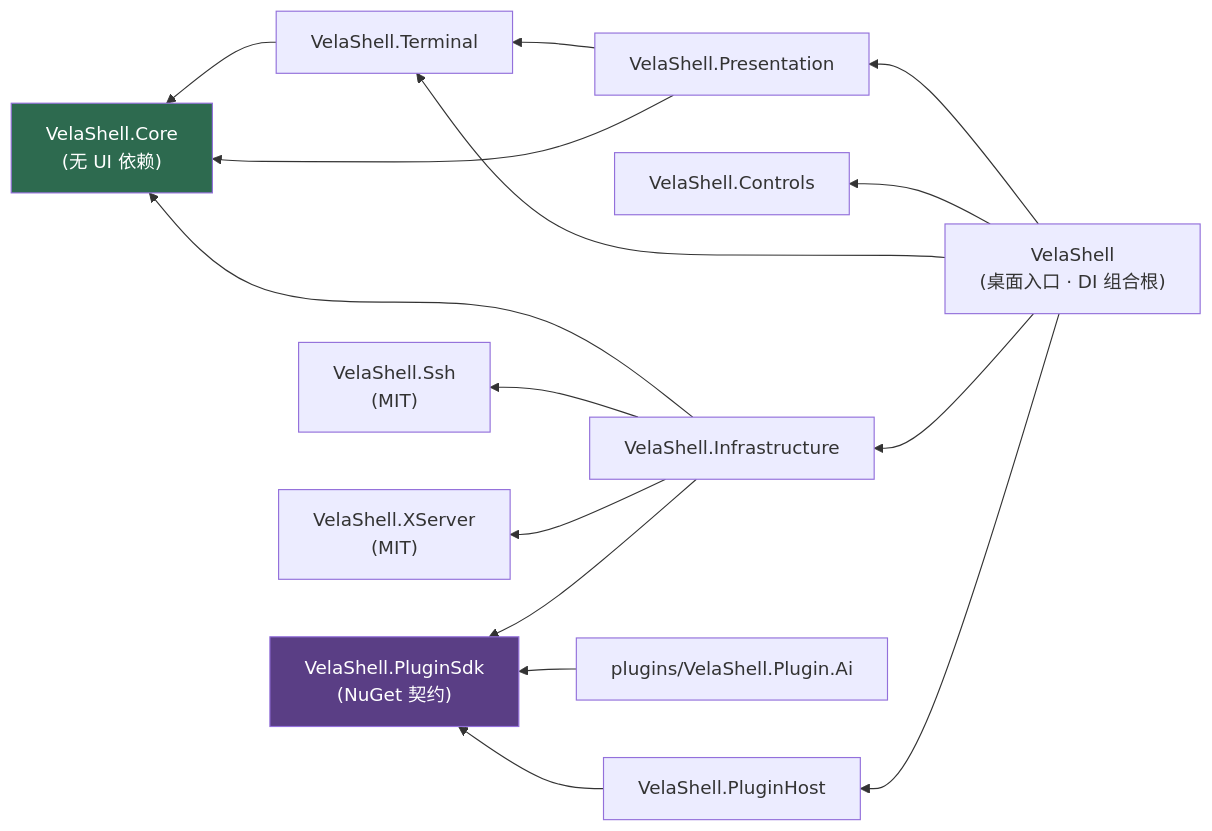
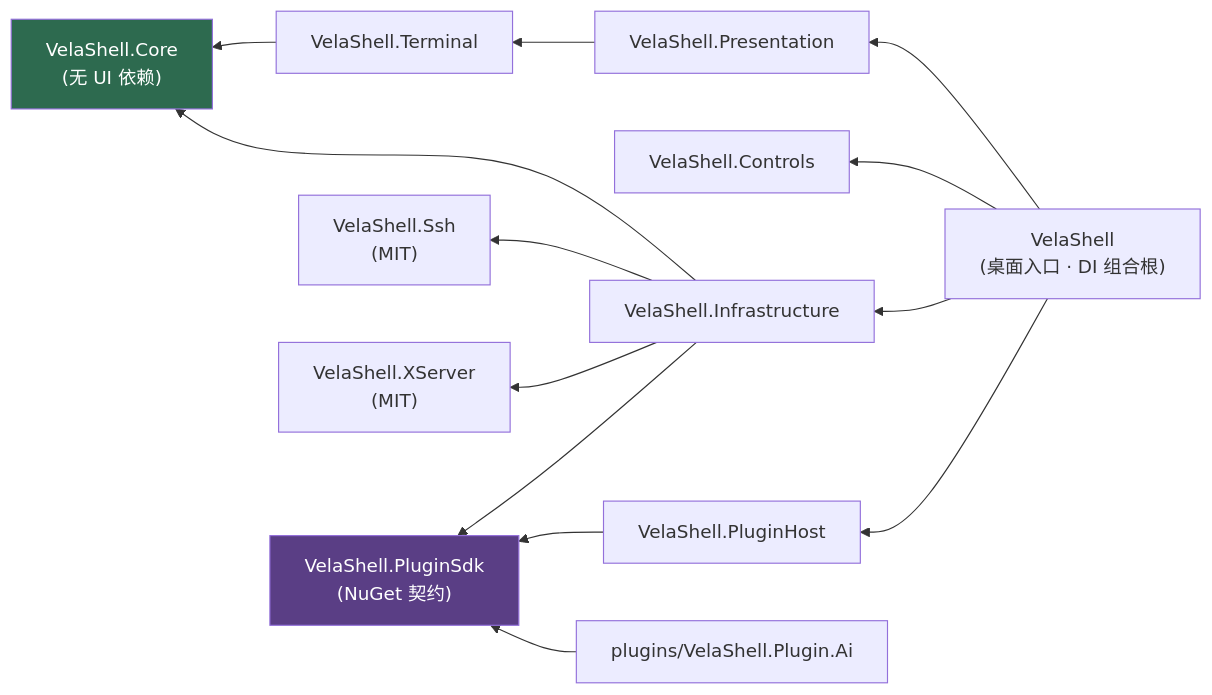
The second of 2 diagrams in plan.md (LGinC/VelaShell), drawn with Mermaid before and after one commit. The commit also changed other lines of this file and 4 other files, not shown here.

````diff
--- a/plan.md
+++ b/plan.md
@@ -119,32 +119,30 @@
 ```mermaid
 graph RL
     App["VelaShell<br/>(桌面入口 · DI 组合根)"]
     Pres["VelaShell.Presentation"]
     Ctrls["VelaShell.Controls"]
     Term["VelaShell.Terminal"]
     Infra["VelaShell.Infrastructure"]
     Core["VelaShell.Core<br/>(无 UI 依赖)"]
     Ssh["VelaShell.Ssh<br/>(MIT)"]
     X["VelaShell.XServer<br/>(MIT)"]
     Host["VelaShell.PluginHost"]
     Sdk["VelaShell.PluginSdk<br/>(NuGet 契约)"]
     Ai["plugins/VelaShell.Plugin.Ai"]
 
     App --> Pres
     App --> Ctrls
-    App --> Term
     App --> Infra
     App --> Host
     Pres --> Term
-    Pres --> Core
     Term --> Core
     Infra --> Core
     Infra --> Ssh
     Infra --> X
     Infra --> Sdk
     Host --> Sdk
     Ai --> Sdk
 
     style Core fill:#2d6a4f,color:#fff
     style Sdk fill:#5a3e85,color:#fff
 ```
````
